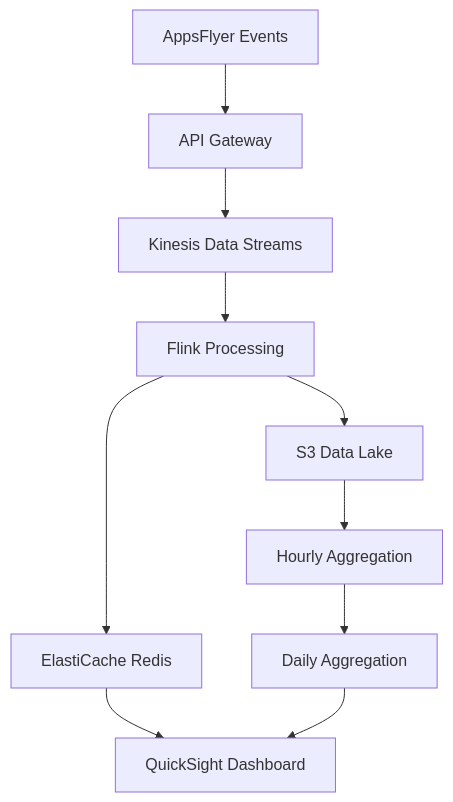
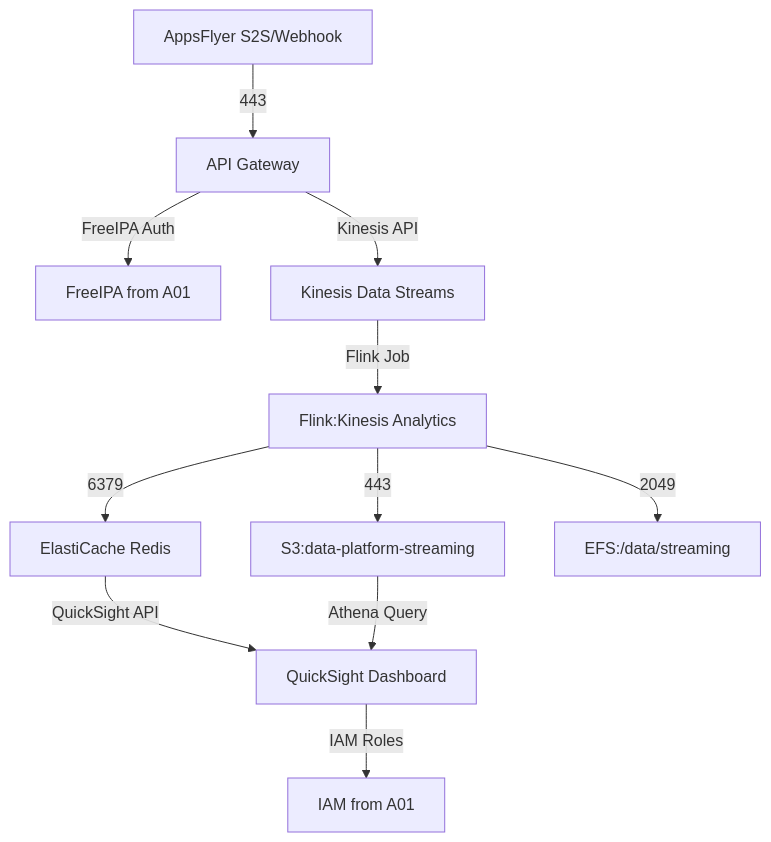
The diagram in docusaurus_stub/docs/report_a05.md (ngohongthong1832004/interview-DE), drawn with Mermaid before and after one commit. The commit also changed other lines of this file and 8 other files, not shown here.

````diff
--- a/docusaurus_stub/docs/report_a05.md
+++ b/docusaurus_stub/docs/report_a05.md
@@ -75,12 +79,13 @@
-  ```mermaid
-  graph TD
-    A[AppsFlyer Events] --> B[API Gateway]
-    B --> C[Kinesis Data Streams]
-    C --> D[Flink Processing]
-    D --> E[S3 Data Lake]
-    D --> F[ElastiCache Redis]
-    F --> G[QuickSight Dashboard]
-    E --> H[Hourly Aggregation]
-    H --> I[Daily Aggregation]
-    I --> G
-  ```
+```mermaid
+graph TD
+  A[AppsFlyer S2S/Webhook] -->|443| B[API Gateway]
+  B -->|FreeIPA Auth| C[FreeIPA from A01]
+  B -->|Kinesis API| D[Kinesis Data Streams]
+  D -->|Flink Job| E[Flink:Kinesis Analytics]
+  E -->|6379| F[ElastiCache Redis]
+  E -->|443| G[S3:data-platform-streaming]
+  F -->|QuickSight API| H[QuickSight Dashboard]
+  G -->|Athena Query| H
+  E -->|2049| I[EFS:/data/streaming]
+  H -->|IAM Roles| J[IAM from A01]
+```
````
